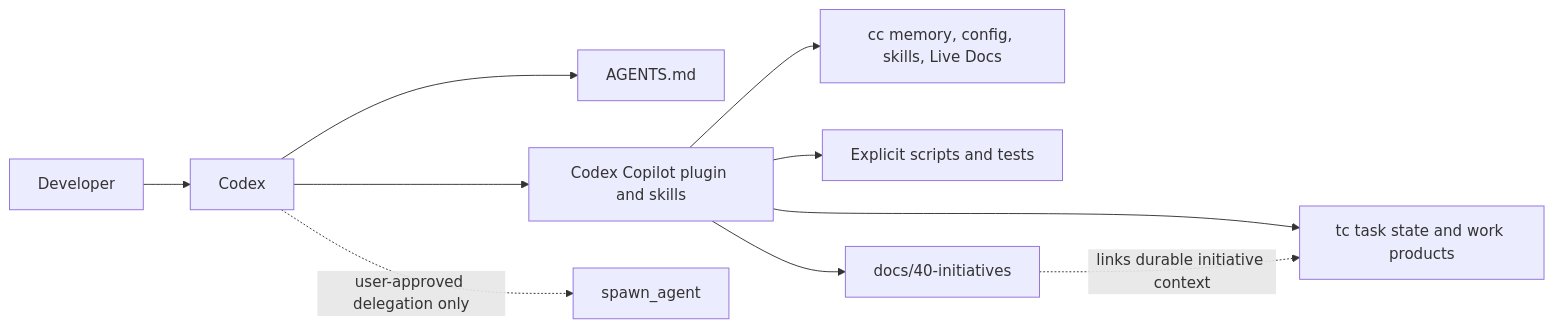
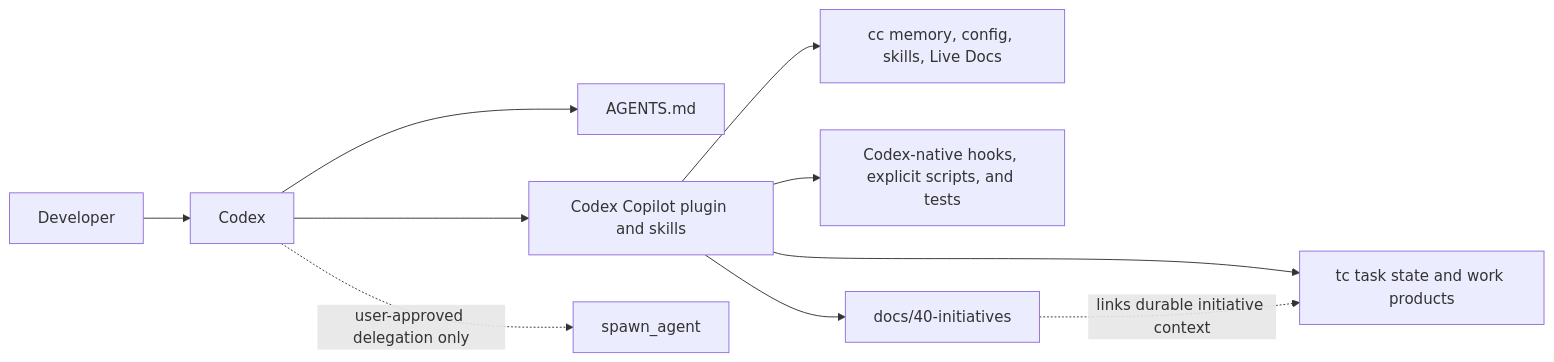
Before and after one commit to Everyone-Needs-A-Copilot/codex-copilot: the diagram in docs/04-architecture/00-overview.md, drawn with Mermaid. The commit also changed other lines of this file and 28 other files, not shown here.

Commit message:
feat: add Codex-native operating hooks

````diff
--- a/docs/04-architecture/00-overview.md
+++ b/docs/04-architecture/00-overview.md
@@ -123,12 +123,12 @@
 ```mermaid
 flowchart LR
     U[Developer] --> C[Codex]
     C --> A[AGENTS.md]
     C --> P[Codex Copilot plugin and skills]
     P --> TC[tc task state and work products]
     P --> CC[cc memory, config, skills, Live Docs]
-    P --> S[Explicit scripts and tests]
+    P --> S[Codex-native hooks, explicit scripts, and tests]
     P --> I[docs/40-initiatives]
     I -. links durable initiative context .-> TC
     C -. user-approved delegation only .-> SA[spawn_agent]
 ```
````
